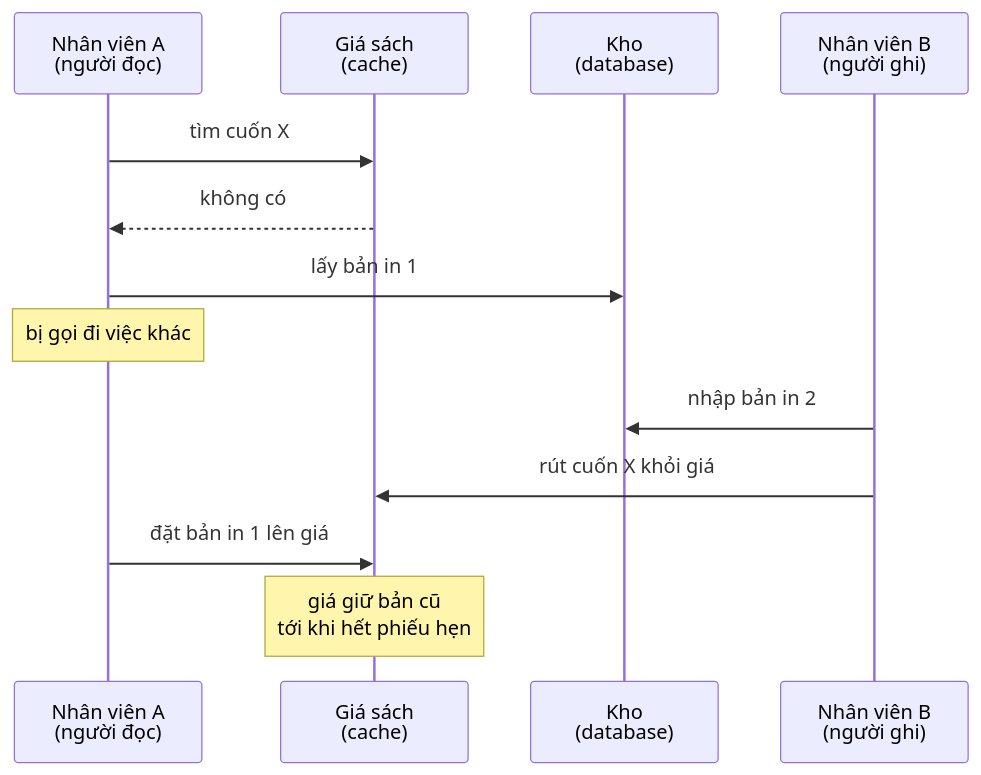
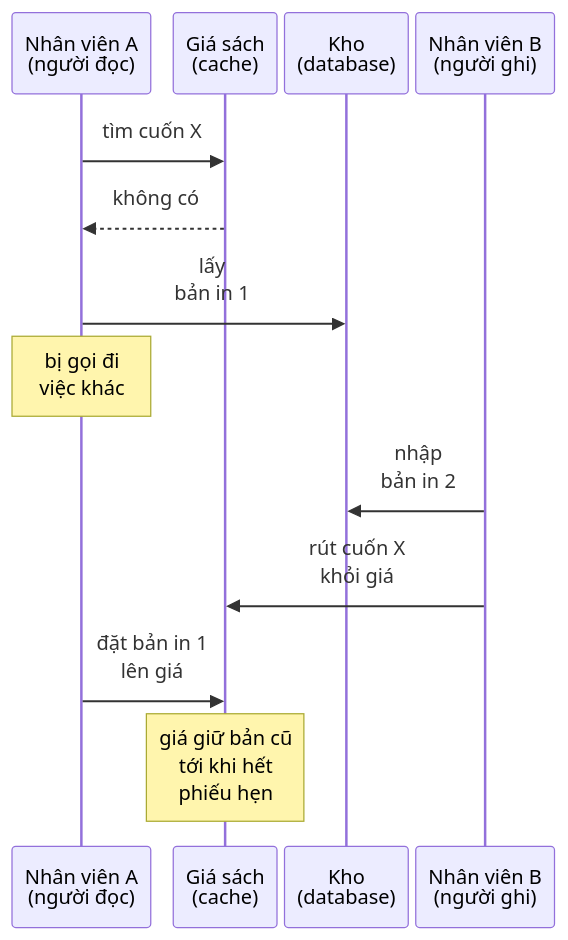
Before and after one commit to duongbui234/software-engineering-atlas: the diagram in content/posts/2026-11-22-caching-invalidation.md, drawn with Mermaid. The commit also changed 134 other files, not shown here.

First line of the commit message:
Fit every Mermaid diagram at 390px without sideways scroll (#56)

````diff
--- a/content/posts/2026-11-22-caching-invalidation.md
+++ b/content/posts/2026-11-22-caching-invalidation.md
@@ -52,15 +52,16 @@
 ```mermaid
+%%{init: {"sequence": {"width": 60, "actorMargin": 6, "diagramMarginX": 4}}}%%
 sequenceDiagram
     participant R as Nhân viên A<br/>(người đọc)
     participant G as Giá sách<br/>(cache)
     participant K as Kho<br/>(database)
     participant W as Nhân viên B<br/>(người ghi)
     R->>G: tìm cuốn X
     G-->>R: không có
-    R->>K: lấy bản in 1
-    Note over R: bị gọi đi việc khác
-    W->>K: nhập bản in 2
-    W->>G: rút cuốn X khỏi giá
-    R->>G: đặt bản in 1 lên giá
-    Note over G: giá giữ bản cũ<br/>tới khi hết phiếu hẹn
+    R->>K: lấy<br/>bản in 1
+    Note over R: bị gọi đi<br/>việc khác
+    W->>K: nhập<br/>bản in 2
+    W->>G: rút cuốn X<br/>khỏi giá
+    R->>G: đặt bản in 1<br/>lên giá
+    Note over G: giá giữ bản cũ<br/>tới khi hết<br/>phiếu hẹn
 ```
````
